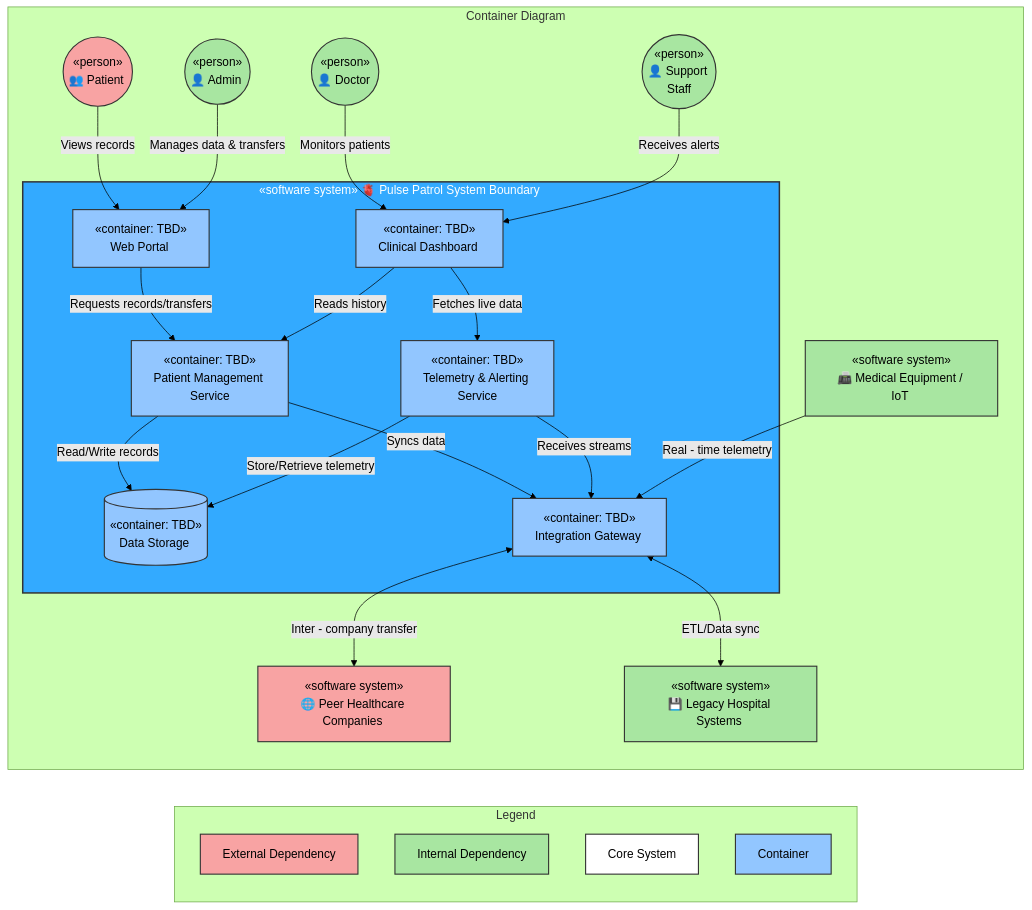
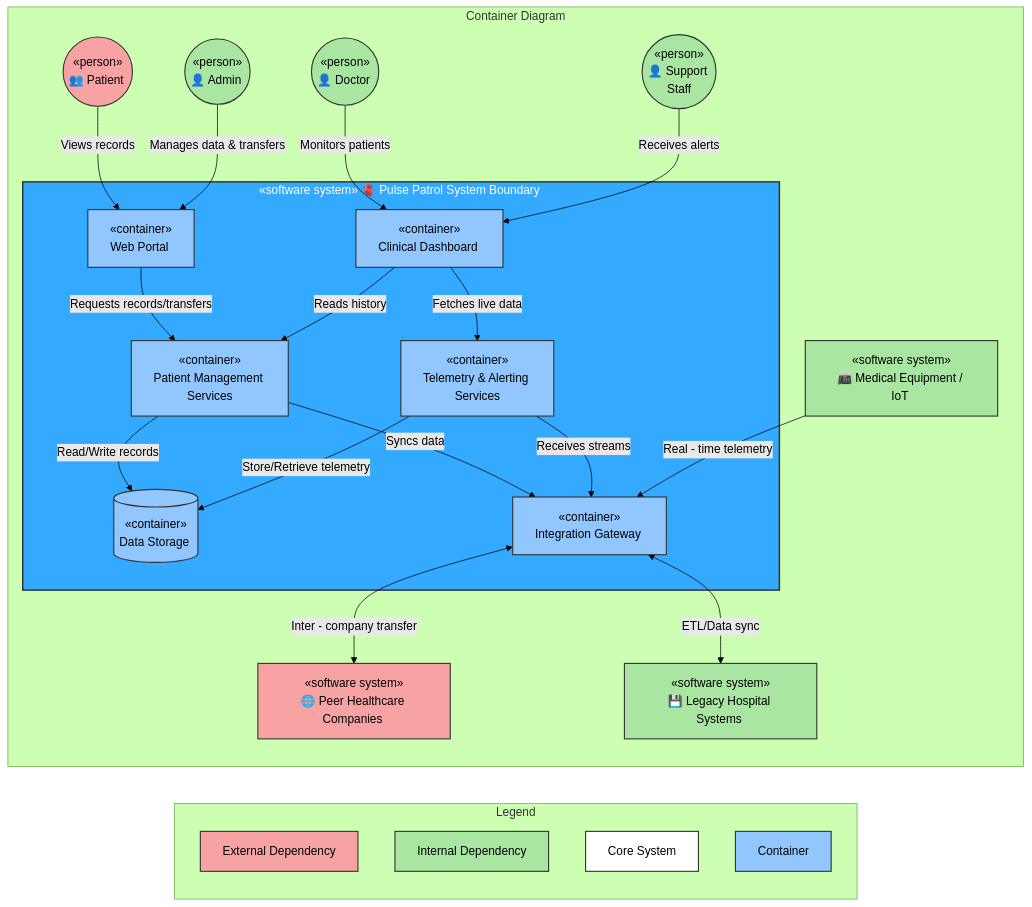
Before and after one commit to iugori/pulse-patrol: the second of 12 diagrams in docs/ARD-v2.1.md, drawn with Mermaid (forest theme). The commit also changed other lines of this file and 2 other files, not shown here.

````diff
--- a/docs/ARD-v2.1.md
+++ b/docs/ARD-v2.1.md
@@ -311,60 +315,58 @@
 ```mermaid
 graph TB
     classDef depExt fill: #f8a3a3, stroke: #333, stroke-width: 1.5px;
     classDef depInt fill: #a8e6a1, stroke: #333, stroke-width: 1.5px;
     classDef theSys fill: white, stroke: #333, stroke-width: 1.5px;
     classDef container fill: #92c6ff, stroke: #333, stroke-width: 1.5px;
     subgraph Legend [Legend]
         direction TB
         L1["External Dependency"]:::depExt
         L2["Internal Dependency"]:::depInt
         L3["Core System"]:::theSys
         L4["Container"]:::container
     end
-    Diagram --- Legend
-    linkStyle 0 stroke-width:0px;
-    
+    Diagram ~~~ Legend
     subgraph Diagram ["Container Diagram"]
         direction TB
         Patient(("«person»<br/>👥 Patient&nbsp;")):::depExt
         Admin(("«person»<br/>👤 Admin&nbsp;")):::depInt
         Doctor(("«person»<br/>👤 Doctor&nbsp;")):::depInt
         Support(("«person»<br/>👤 Support&nbsp;<br/>Staff")):::depInt
 
         subgraph Pulse_Patrol_System ["«software system» 🫀 Pulse Patrol System Boundary&nbsp;"]
-            Portal["«container: TBD»<br/>Web Portal&nbsp;"]:::container
-            Dashboard["«container: TBD»<br/>Clinical Dashboard&nbsp;"]:::container
-            PMS["«container: TBD»<br/>Patient Management&nbsp;<br/>Service"]:::container
-            TAS["«container: TBD»<br/>Telemetry & Alerting&nbsp;<br/>Service"]:::container
-            Storage[("«container: TBD»<br/>Data Storage&nbsp;")]:::container
-            Gateway["«container: TBD»<br/>Integration Gateway&nbsp;"]:::container
+            Portal["«container»<br/>Web Portal&nbsp;"]:::container
+            Dashboard["«container»<br/>Clinical Dashboard&nbsp;"]:::container
+            PMS["«container»<br/>Patient Management&nbsp;<br/>Services"]:::container
+            TAS["«container»<br/>Telemetry & Alerting&nbsp;<br/>Services"]:::container
+            Storage[("«container»<br/>Data Storage&nbsp;")]:::container
+            Gateway["«container»<br/>Integration Gateway&nbsp;"]:::container
         end
 
         Peer["«software system»<br/>🌐 Peer Healthcare Companies&nbsp;"]:::depExt
         Equipment["«software system»<br/>📠 Medical Equipment / IoT&nbsp;"]:::depInt
         Legacy["«software system»<br/>💾 Legacy Hospital Systems&nbsp;"]:::depInt
     end
 %% User Interactions
     Patient -->|Views records| Portal
     Admin -->|Manages data & transfers| Portal
     Doctor -->|Monitors patients| Dashboard
     Support -->|Receives alerts| Dashboard
 %% Internal Routing
     Portal -->|Requests records/transfers| PMS
     Dashboard -->|Fetches live data| TAS
     Dashboard -->|Reads history| PMS
 %% Core Logic to Storage
     PMS -->|Read/Write records| Storage
     TAS -->|Store/Retrieve telemetry| Storage
 %% Integration Logic
     PMS -->|Syncs data| Gateway
     TAS -->|Receives streams| Gateway
 %% External System Connections
     Gateway <-->|Inter - company transfer| Peer
     Equipment -->|Real - time telemetry| Gateway
     Gateway <-->|ETL/Data sync| Legacy
 %% Grouping Styling
     class Pulse_Patrol_System theSys
     style Pulse_Patrol_System fill: #33aaff, color: #fff, stroke: #333, stroke-width: 2px
-    
+
 ```
````
